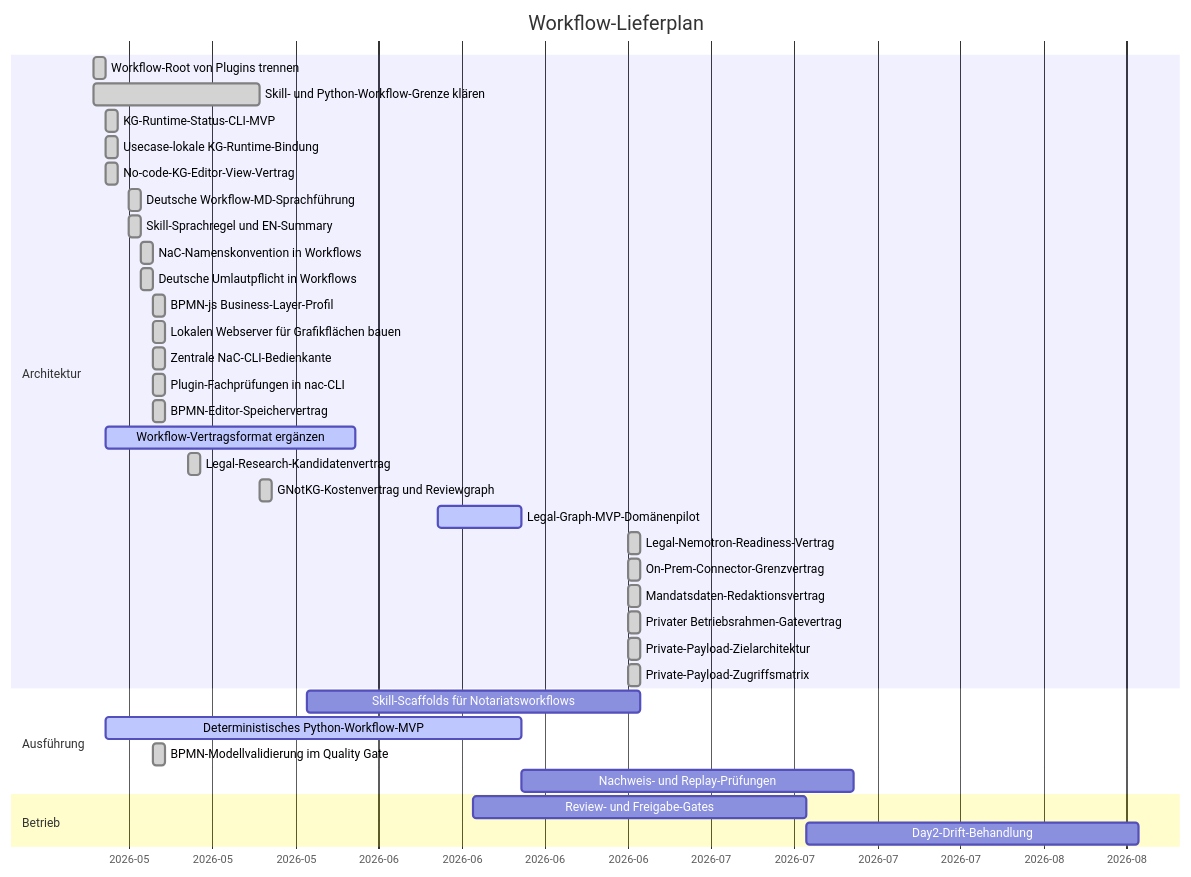
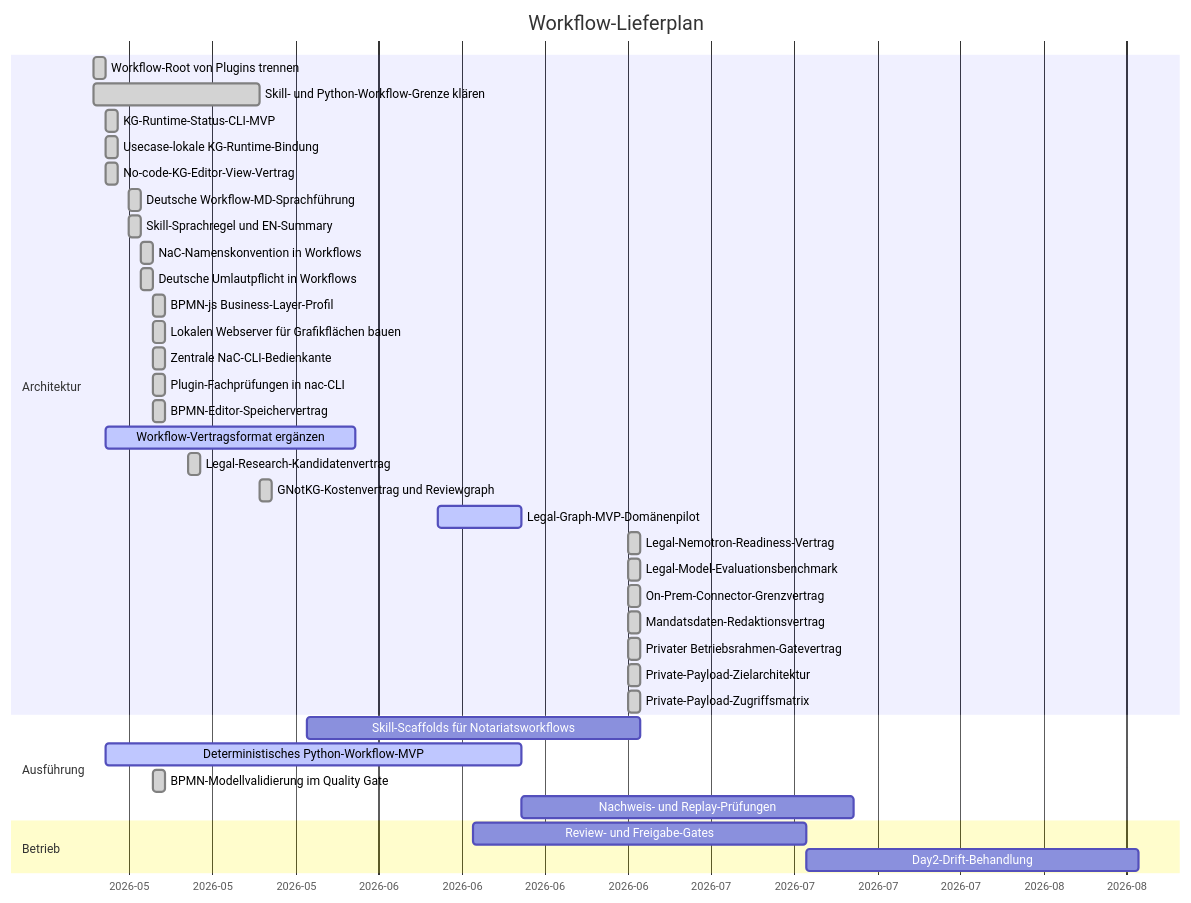
One commit to notariat8/NaC changed the diagram in workflows/GANTT.md. Above: the diagram before and after it, drawn with Mermaid. The commit also changed other lines of this file and 13 other files, not shown here.

Commit message:
Add legal model evaluation benchmark contract

````diff
--- a/workflows/GANTT.md
+++ b/workflows/GANTT.md
@@ -5,42 +5,43 @@
 ```mermaid
 gantt
     title Workflow-Lieferplan
     dateFormat  YYYY-MM-DD
     axisFormat  %Y-%m
 
     section Architektur
     Workflow-Root von Plugins trennen          :done,   w1, 2026-05-14, 1d
     Skill- und Python-Workflow-Grenze klären  :done,   w2, 2026-05-14, 14d
     KG-Runtime-Status-CLI-MVP                  :done,   w3, 2026-05-15, 1d
     Usecase-lokale KG-Runtime-Bindung          :done,   w3a, 2026-05-15, 1d
     No-code-KG-Editor-View-Vertrag             :done,   w4a, 2026-05-15, 1d
     Deutsche Workflow-MD-Sprachführung        :done,   w4b, 2026-05-17, 1d
     Skill-Sprachregel und EN-Summary            :done,   w4c, 2026-05-17, 1d
     NaC-Namenskonvention in Workflows           :done,   w4d, 2026-05-18, 1d
     Deutsche Umlautpflicht in Workflows         :done,   w4e, 2026-05-18, 1d
     BPMN-js Business-Layer-Profil               :done,   w4f, 2026-05-19, 1d
     Lokalen Webserver für Grafikflächen bauen  :done,   w4g, 2026-05-19, 1d
     Zentrale NaC-CLI-Bedienkante                :done,   w4h, 2026-05-19, 1d
     Plugin-Fachprüfungen in nac-CLI             :done,   w4i, 2026-05-19, 1d
     BPMN-Editor-Speichervertrag                 :done,   w4j, 2026-05-19, 1d
     Workflow-Vertragsformat ergänzen          :active, w4, 2026-05-15, 21d
     Legal-Research-Kandidatenvertrag           :done,   w4k, 2026-05-22, 1d
     GNotKG-Kostenvertrag und Reviewgraph        :done,   w4l, 2026-05-28, 1d
     Legal-Graph-MVP-Domänenpilot              :active, w4m, 2026-06-12, 7d
     Legal-Nemotron-Readiness-Vertrag            :done,   w4s, 2026-06-28, 1d
+    Legal-Model-Evaluationsbenchmark           :done,   w4t, 2026-06-28, 1d
     On-Prem-Connector-Grenzvertrag            :done,   w4n, 2026-06-28, 1d
     Mandatsdaten-Redaktionsvertrag             :done,   w4o, 2026-06-28, 1d
     Privater Betriebsrahmen-Gatevertrag        :done,   w4p, 2026-06-28, 1d
     Private-Payload-Zielarchitektur            :done,   w4q, 2026-06-28, 1d
     Private-Payload-Zugriffsmatrix             :done,   w4r, 2026-06-28, 1d
 
     section Ausführung
     Skill-Scaffolds für Notariatsworkflows    :        w5, 2026-06-01, 28d
     Deterministisches Python-Workflow-MVP      :active, w6, 2026-05-15, 35d
     BPMN-Modellvalidierung im Quality Gate      :done,   w6a, 2026-05-19, 1d
     Nachweis- und Replay-Prüfungen            :        w7, after w6, 28d
 
     section Betrieb
     Review- und Freigabe-Gates                 :        w8, 2026-06-15, 28d
     Day2-Drift-Behandlung                      :        w9, after w8, 28d
 ```
````
